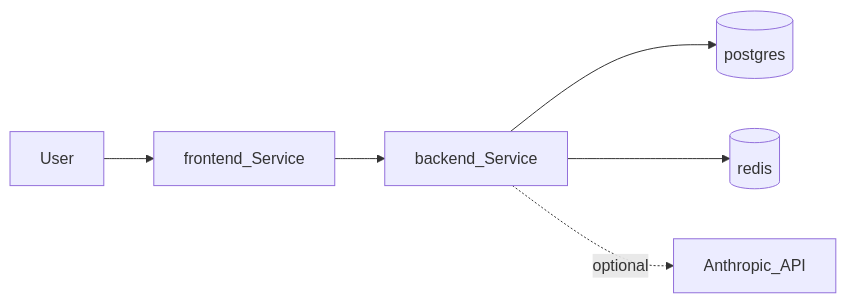
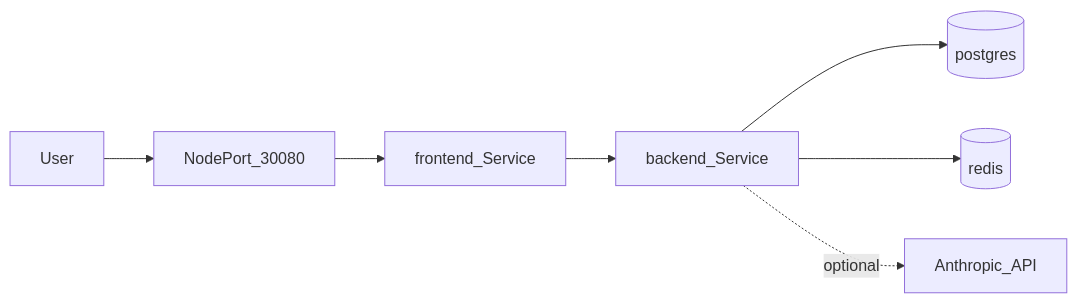
Before and after one commit to protektiq/questmode: the first of 3 diagrams in DATA_FLOW.md, drawn with Mermaid. The commit also changed other lines of this file and 26 other files, not shown here.

````diff
--- a/DATA_FLOW.md
+++ b/DATA_FLOW.md
@@ -5,14 +5,16 @@
 ```mermaid
 flowchart LR
   user[User]
+  np[NodePort_30080]
   fe[frontend_Service]
   be[backend_Service]
   pg[(postgres)]
   rd[(redis)]
   anthropic[Anthropic_API]
-  user --> fe
+  user --> np
+  np --> fe
   fe --> be
   be --> pg
   be --> rd
   be -. optional .-> anthropic
 ```
````
